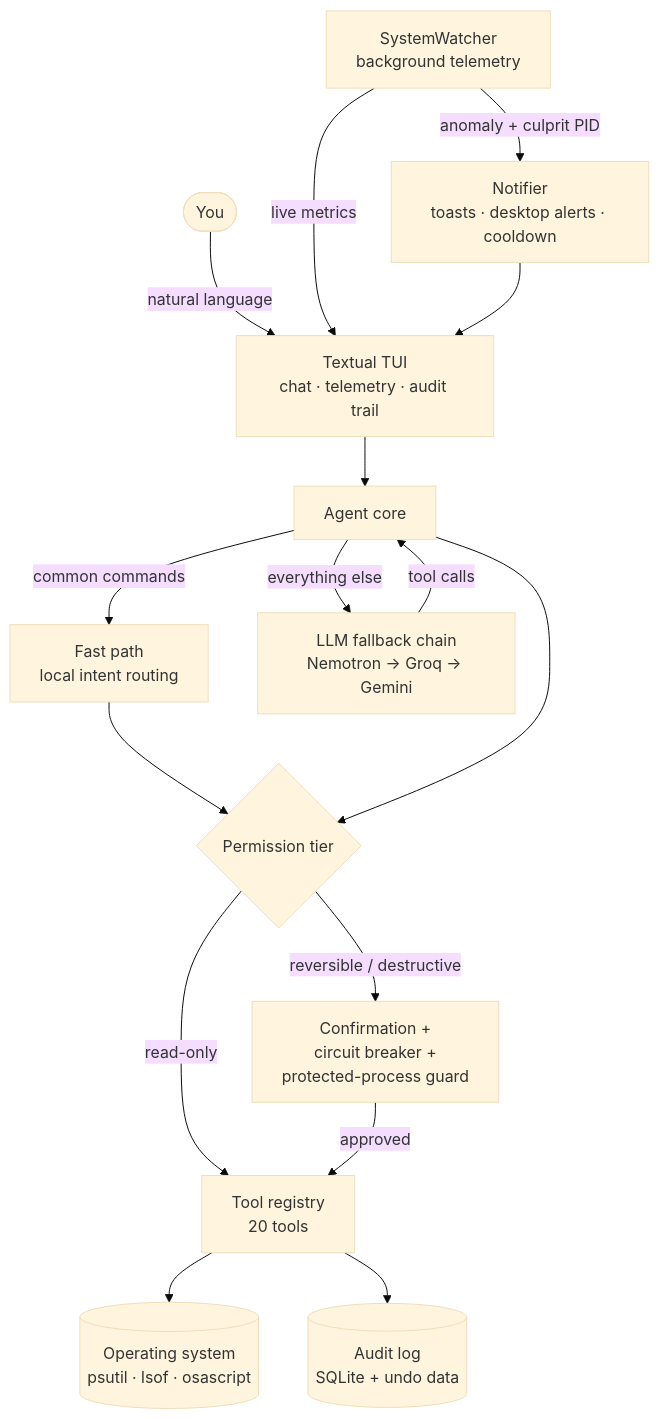
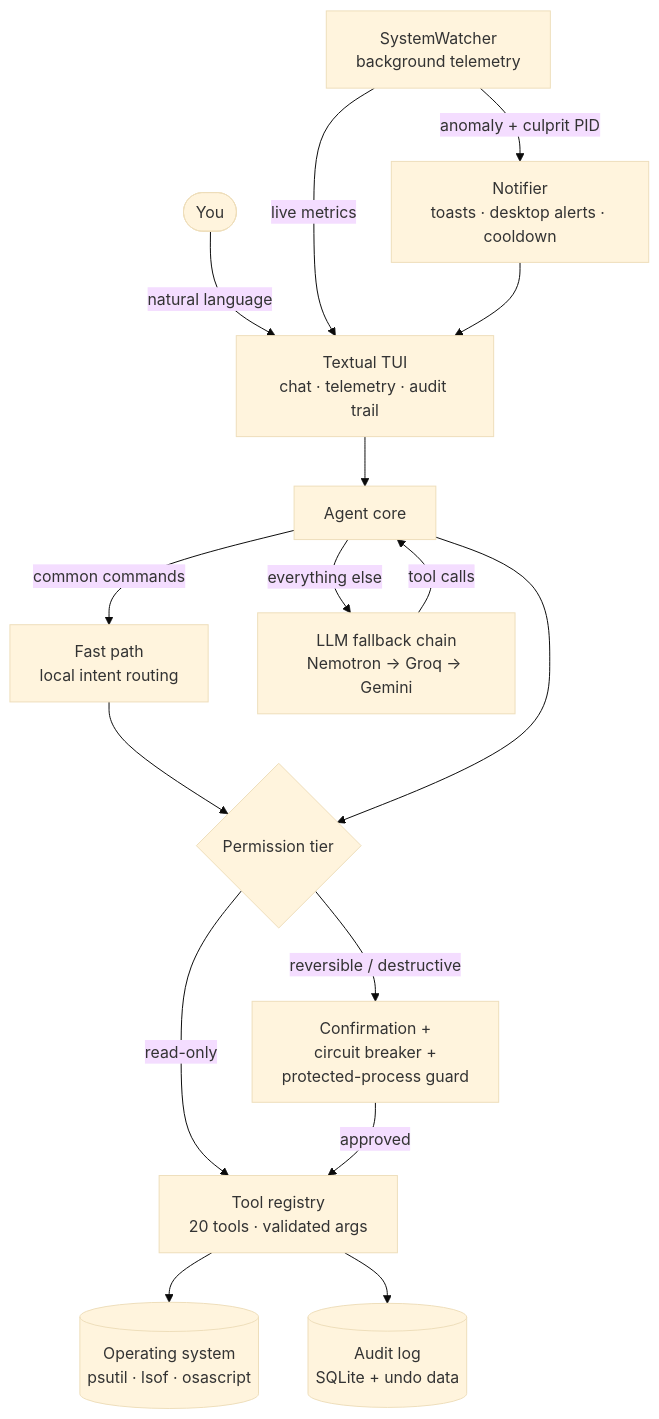
Before and after one commit to hirakjyoti08/sentinel-ai_os_agent: the diagram in README.md, drawn with Mermaid (base theme). The commit also changed other lines of this file and 2 other files, not shown here.

First line of the commit message:
docs: document new module layout, typed tools and offline mode

````diff
--- a/README.md
+++ b/README.md
@@ -49,20 +49,20 @@
 ```mermaid
 flowchart TD
     U([You]) -->|natural language| TUI["Textual TUI<br/>chat · telemetry · audit trail"]
     W["SystemWatcher<br/>background telemetry"] -->|anomaly + culprit PID| N["Notifier<br/>toasts · desktop alerts · cooldown"]
     W -->|live metrics| TUI
     N --> TUI
 
     TUI --> A["Agent core"]
     A -->|common commands| FP["Fast path<br/>local intent routing"]
     A -->|everything else| LLM["LLM fallback chain<br/>Nemotron → Groq → Gemini"]
     LLM -->|tool calls| A
 
     FP --> P{"Permission tier"}
     A --> P
-    P -->|read-only| T["Tool registry<br/>20 tools"]
+    P -->|read-only| T["Tool registry<br/>20 tools · validated args"]
     P -->|reversible / destructive| C["Confirmation +<br/>circuit breaker +<br/>protected-process guard"]
     C -->|approved| T
     T --> OS[("Operating system<br/>psutil · lsof · osascript")]
     T --> L[("Audit log<br/>SQLite + undo data")]
 ```
````
